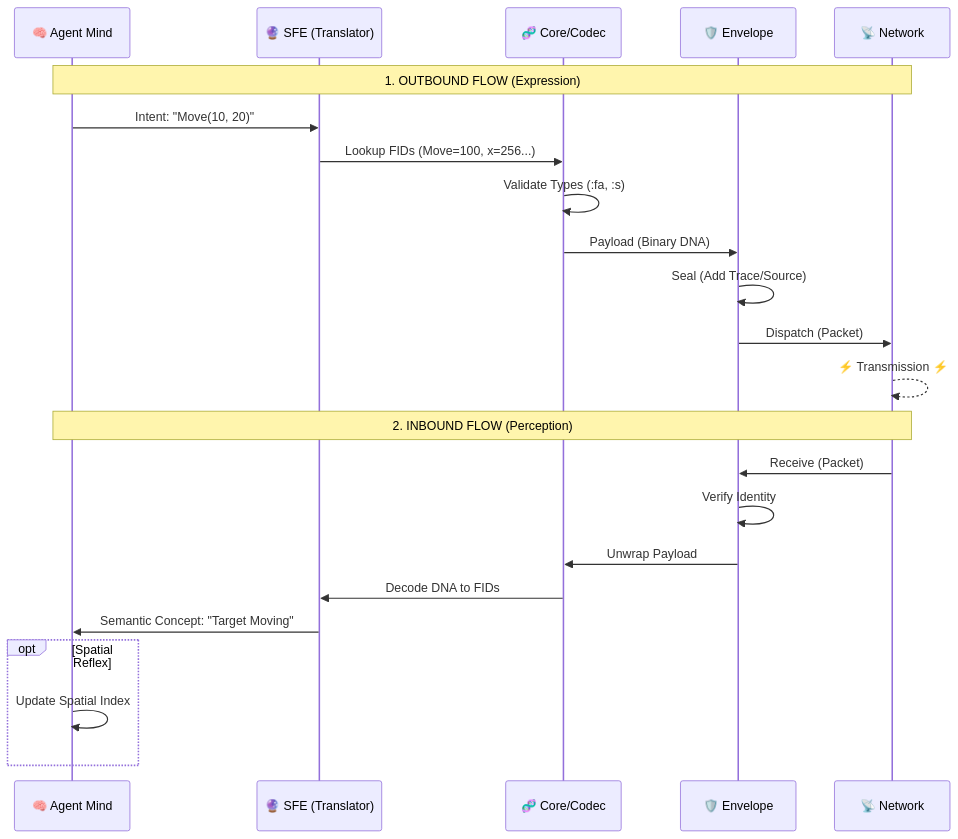
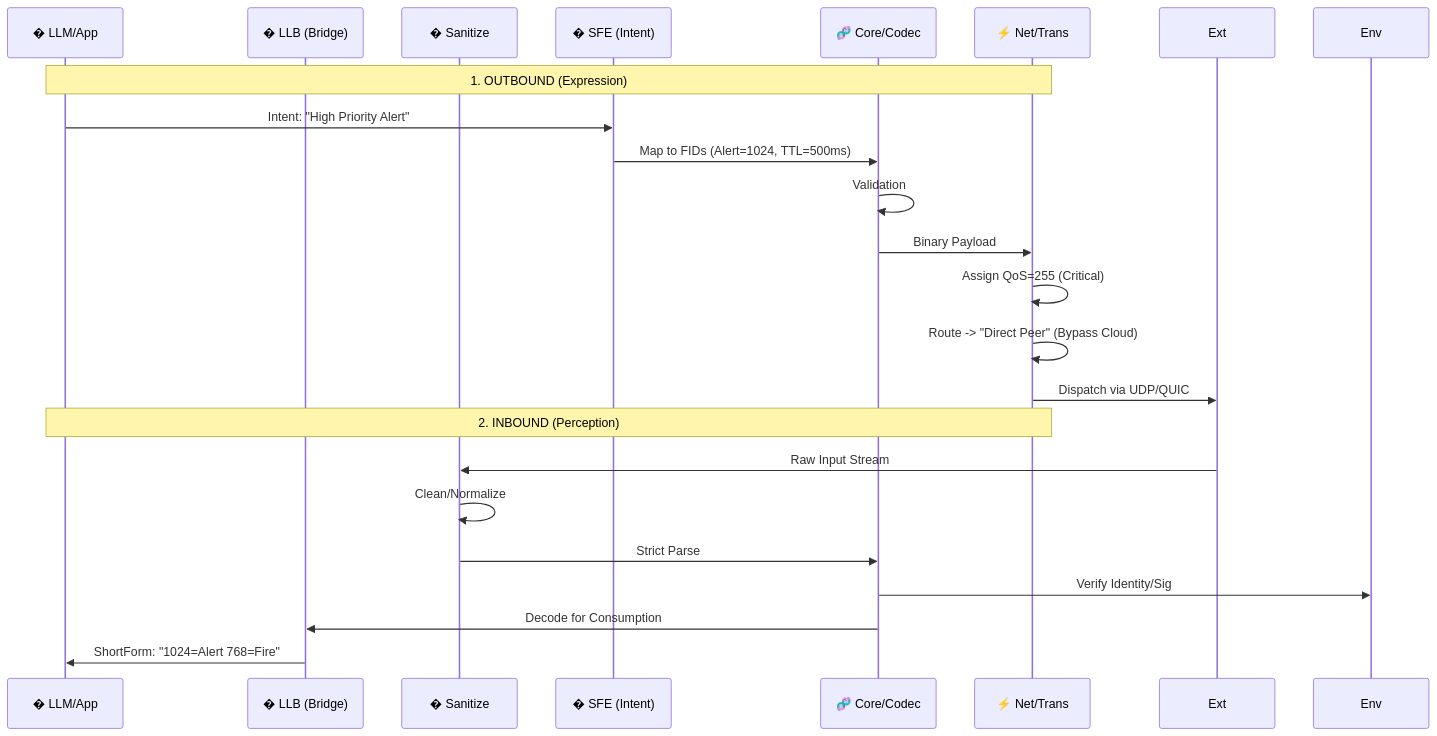
One commit to lnmplang/lnmp-protocol changed the second of 2 diagrams in spec/architecture-and-flow.md. Above: the diagram before and after it, drawn with Mermaid. The commit also changed other lines of this file, not shown here.

Commit message:
feat: Enhance LNMP architecture documentation with detailed module descriptions and improved flow diagrams

````diff
--- a/spec/architecture-and-flow.md
+++ b/spec/architecture-and-flow.md
@@ -82,32 +97,26 @@
 ```mermaid
 sequenceDiagram
-    participant Mind as 🧠 Agent Mind
-    participant SFE as 🔮 SFE (Translator)
+    participant LLM as � LLM/App
+    participant LLB as �️ LLB (Bridge)
+    participant San as � Sanitize
+    participant SFE as � SFE (Intent)
     participant Core as 🧬 Core/Codec
-    participant Env as 🛡️ Envelope
-    participant Net as 📡 Network
+    participant Net as ⚡ Net/Trans
 
-    %% Sending
-    Note over Mind, Net: 1. OUTBOUND FLOW (Expression)
-    Mind->>SFE: Intent: "Move(10, 20)"
-    SFE->>Core: Lookup FIDs (Move=100, x=256...)
-    Core->>Core: Validate Types (:fa, :s)
-    Core->>Env: Payload (Binary DNA)
-    Env->>Env: Seal (Add Trace/Source)
-    Env->>Net: Dispatch (Packet)
+    Note over LLM, Net: 1. OUTBOUND (Expression)
+    LLM->>SFE: Intent: "High Priority Alert"
+    SFE->>Core: Map to FIDs (Alert=1024, TTL=500ms)
+    Core->>Core: Validation
+    Core->>Net: Binary Payload
+    Net->>Net: Assign QoS=255 (Critical)
+    Net->>Net: Route -> "Direct Peer" (Bypass Cloud)
+    Net->>Ext: Dispatch via UDP/QUIC
 
-    %% Network Transit
-    Net-->>Net: ⚡ Transmission ⚡
-
-    %% Receiving
-    Note over Mind, Net: 2. INBOUND FLOW (Perception)
-    Net->>Env: Receive (Packet)
-    Env->>Env: Verify Identity
-    Env->>Core: Unwrap Payload
-    Core->>SFE: Decode DNA to FIDs
-    SFE->>Mind: Semantic Concept: "Target Moving"
-    
-    opt Spatial Reflex
-        Mind->>Mind: Update Spatial Index
-    end
+    Note over LLM, Net: 2. INBOUND (Perception)
+    Ext->>San: Raw Input Stream
+    San->>San: Clean/Normalize
+    San->>Core: Strict Parse
+    Core->>Env: Verify Identity/Sig
+    Core->>LLB: Decode for Consumption
+    LLB->>LLM: ShortForm: "1024=Alert 768=Fire"
 ```
````
